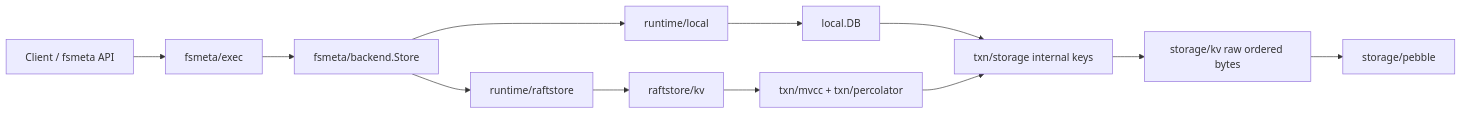
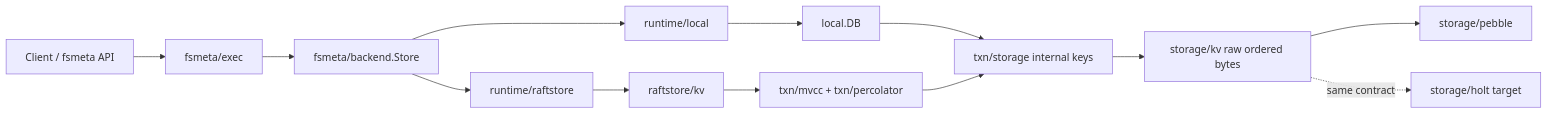
Before and after one commit to NoKV-Lab/NoKV: the diagram in docs/guide/architecture.md, drawn with Mermaid. The commit also changed other lines of this file and 144 other files, not shown here.

````diff
--- a/docs/guide/architecture.md
+++ b/docs/guide/architecture.md
@@ -58,12 +63,13 @@
 ```mermaid
 flowchart LR
     Client["Client / fsmeta API"] --> Exec["fsmeta/exec"]
     Exec --> Backend["fsmeta/backend.Store"]
     Backend --> Local["runtime/local"] --> LocalDB["local.DB"]
     Backend --> Raft["runtime/raftstore"] --> StoreKV["raftstore/kv"]
     StoreKV --> Txn["txn/mvcc + txn/percolator"]
     LocalDB --> MVCC["txn/storage internal keys"]
     Txn --> MVCC
     MVCC --> Raw["storage/kv raw ordered bytes"]
     Raw --> Pebble["storage/pebble"]
+    Raw -. "same contract" .-> Holt["storage/holt target"]
 ```
````
